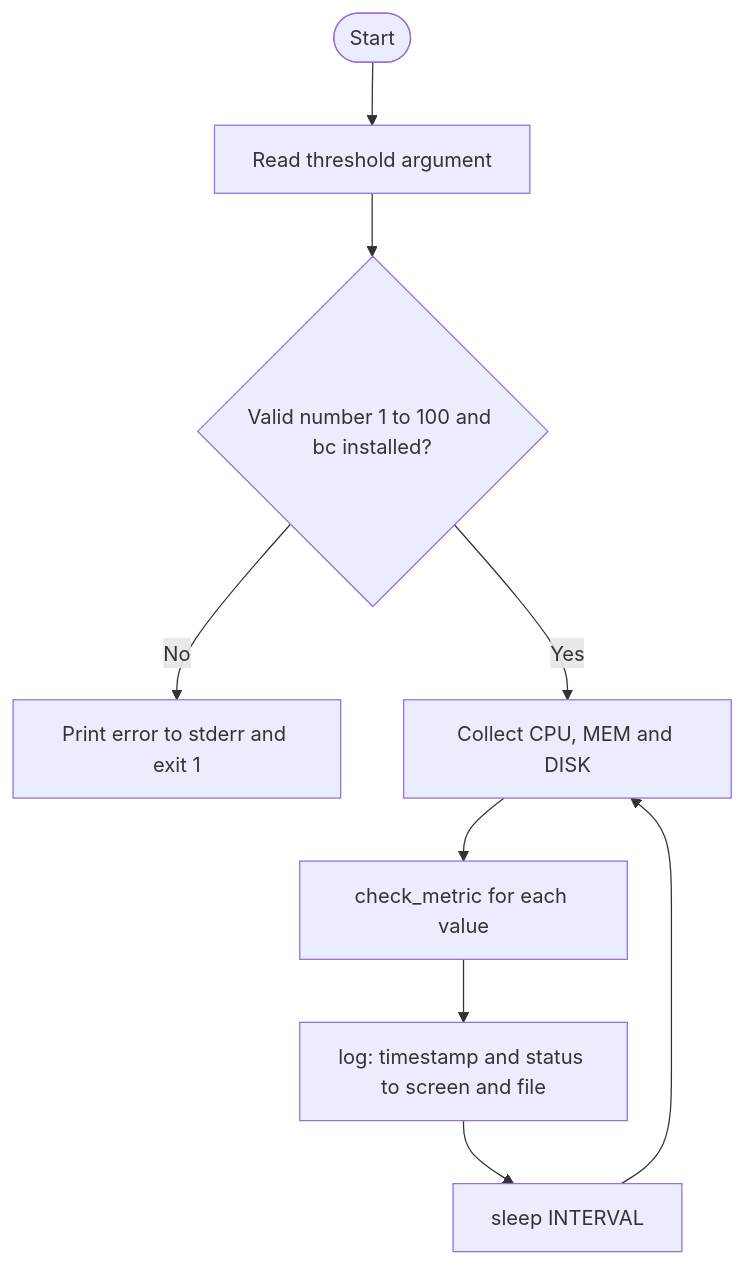
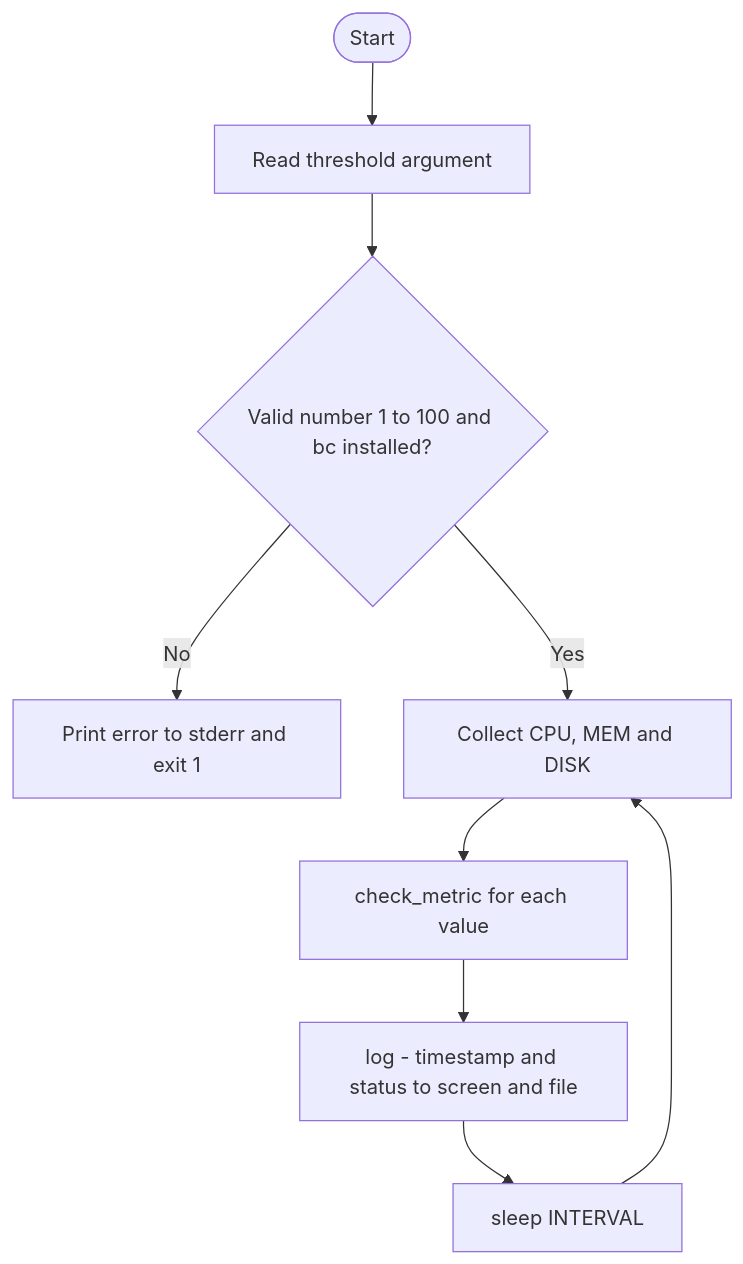
One commit to Maryam-Ikhlaq-se/pulse-watch changed the diagram in README.md. Above: the diagram before and after it, drawn with Mermaid.

Commit message:
docs: fixing diagram rendering

````diff
--- a/README.md
+++ b/README.md
@@ -121,11 +121,11 @@
 ```mermaid
 flowchart TD
-    A([Start]) --> B[Read threshold argument]
-    B --> C{Valid number 1 to 100 and bc installed?}
-    C -- No --> D[Print error to stderr and exit 1]
-    C -- Yes --> E[Collect CPU, MEM and DISK]
-    E --> F[check_metric for each value]
-    F --> G[log: timestamp and status to screen and file]
-    G --> H[sleep INTERVAL]
+    A(["Start"]) --> B["Read threshold argument"]
+    B --> C{"Valid number 1 to 100 and bc installed?"}
+    C -->|No| D["Print error to stderr and exit 1"]
+    C -->|Yes| E["Collect CPU, MEM and DISK"]
+    E --> F["check_metric for each value"]
+    F --> G["log - timestamp and status to screen and file"]
+    G --> H["sleep INTERVAL"]
     H --> E
 ```
````
